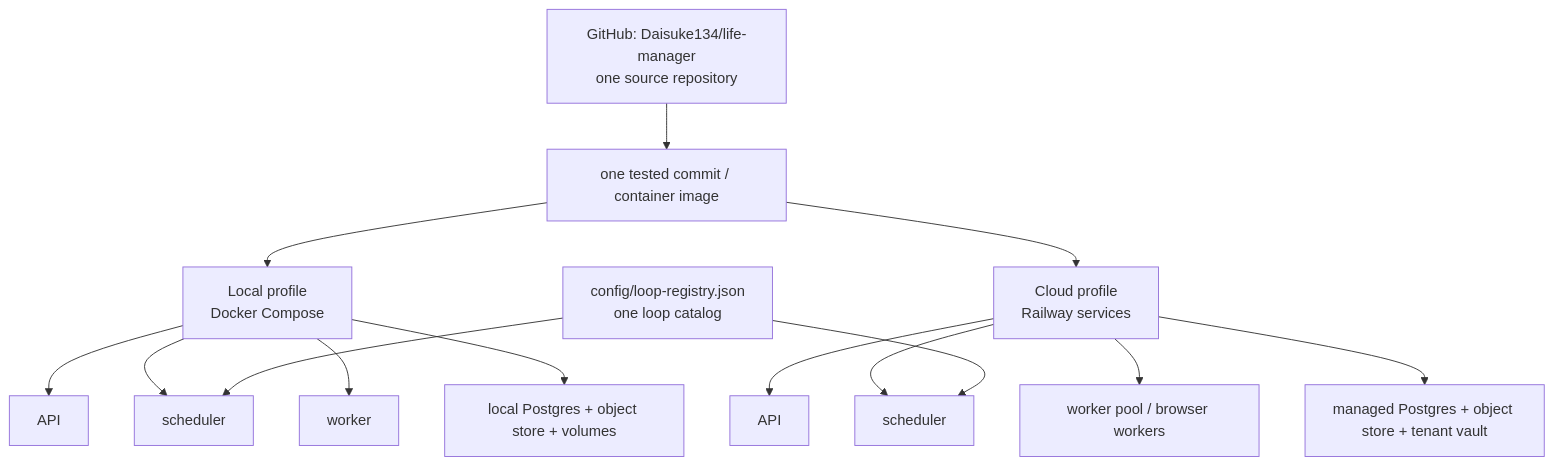
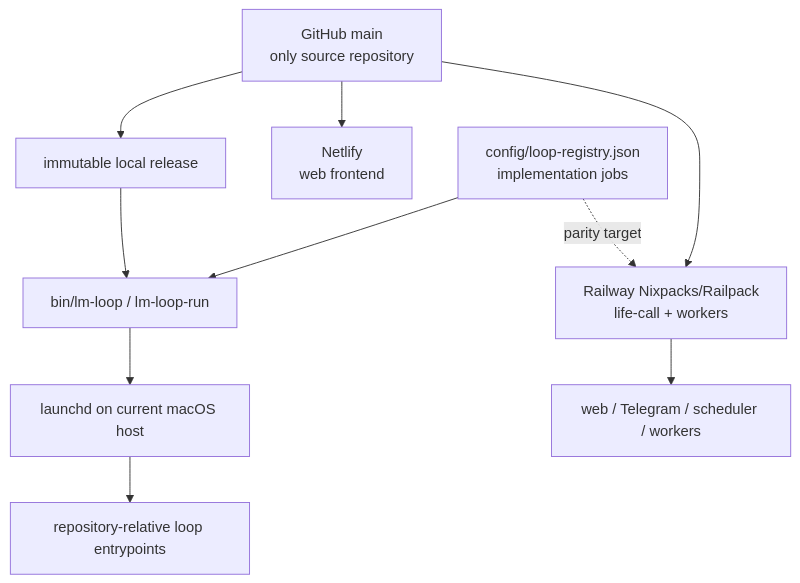
One commit to Daisuke134/anicca changed the diagram in docs/superpowers/specs/2026-09-06-life-manager-one-repo-two-runtimes-design.md. Above: the diagram before and after it, drawn with Mermaid. The commit also changed other lines of this file and 2 other files, not shown here.

Commit message:
docs: correct Life Manager runtime model

````diff
--- a/docs/superpowers/specs/2026-09-06-life-manager-one-repo-two-runtimes-design.md
+++ b/docs/superpowers/specs/2026-09-06-life-manager-one-repo-two-runtimes-design.md
@@ -49,16 +26,12 @@
 ```mermaid
 flowchart TD
-  Repo["GitHub: Daisuke134/life-manager<br/>one source repository"] --> Image["one tested commit / container image"]
-  Image --> Local["Local profile<br/>Docker Compose"]
-  Image --> Cloud["Cloud profile<br/>Railway services"]
-  Local --> LAPI["API"]
-  Local --> LS["scheduler"]
-  Local --> LW["worker"]
-  Local --> LD["local Postgres + object store + volumes"]
-  Cloud --> CAPI["API"]
-  Cloud --> CS["scheduler"]
-  Cloud --> CW["worker pool / browser workers"]
-  Cloud --> CD["managed Postgres + object store + tenant vault"]
-  Registry["config/loop-registry.json<br/>one loop catalog"] --> LS
-  Registry --> CS
+  Repo["GitHub main<br/>only source repository"] --> Release["immutable local release"]
+  Repo --> Netlify["Netlify<br/>web frontend"]
+  Repo --> Railway["Railway Nixpacks/Railpack<br/>life-call + workers"]
+  Release --> LM["bin/lm-loop / lm-loop-run"]
+  LM --> Launchd["launchd on current macOS host"]
+  Launchd --> Entrypoints["repository-relative loop entrypoints"]
+  Railway --> CloudCore["web / Telegram / scheduler / workers"]
+  Registry["config/loop-registry.json<br/>implementation jobs"] --> LM
+  Registry -. parity target .-> Railway
 ```
````
